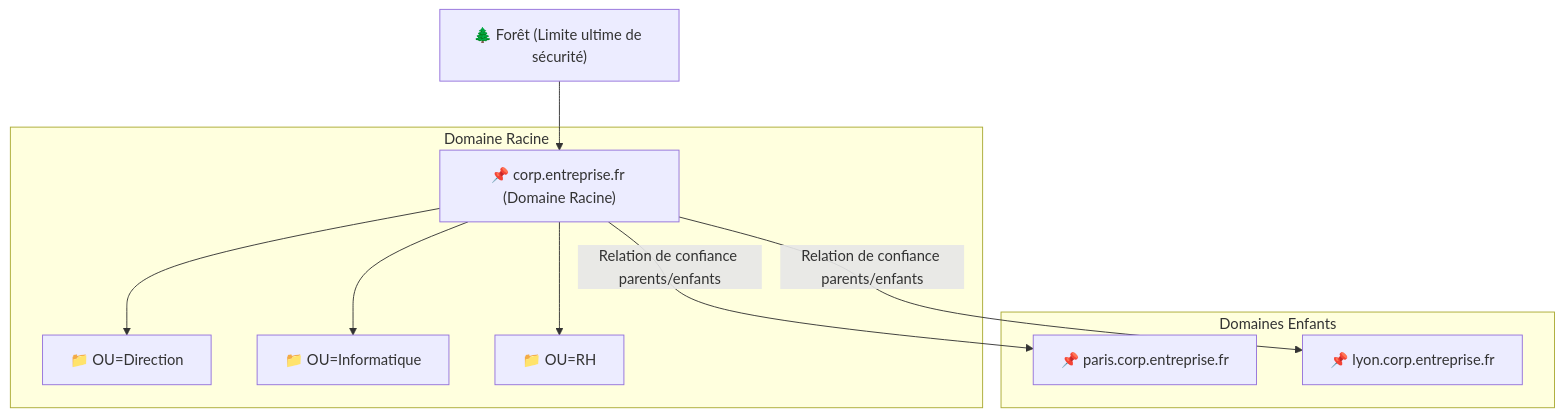
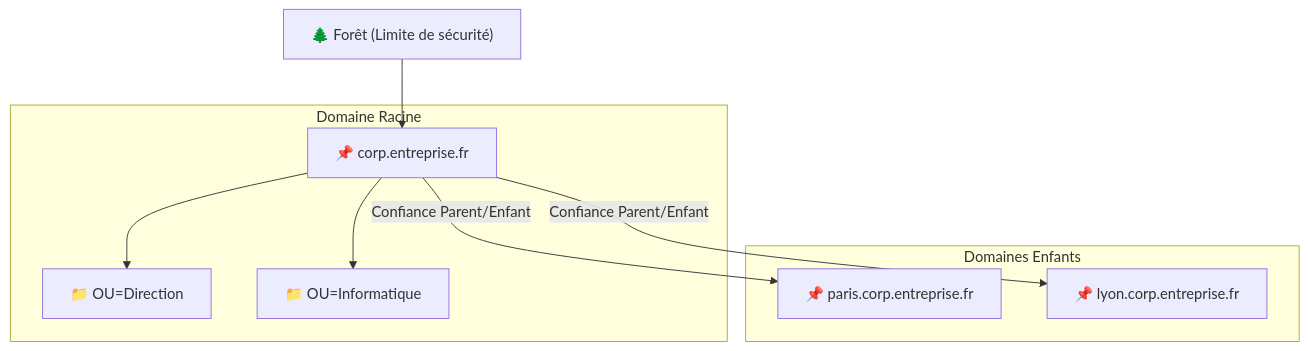
The diagram in docs/Systeme/OS/ad_forets_domaines.md (MontSekai/Documentations), drawn with Mermaid before and after one commit. The commit also changed other lines of this file and 50 other files, not shown here.

````diff
--- a/docs/Systeme/OS/ad_forets_domaines.md
+++ b/docs/Systeme/OS/ad_forets_domaines.md
@@ -14,23 +32,21 @@
 ```mermaid
 graph TD
-    F["🌲 Forêt (Limite ultime de sécurité)"]
+    F["🌲 Forêt (Limite de sécurité)"]
 
     subgraph "Domaine Racine"
-        D1["📌 corp.entreprise.fr (Domaine Racine)"]
+        D1["📌 corp.entreprise.fr"]
         OU1["📁 OU=Direction"]
         OU2["📁 OU=Informatique"]
-        OU3["📁 OU=RH"]
         D1 --> OU1
         D1 --> OU2
-        D1 --> OU3
     end
 
     subgraph "Domaines Enfants"
         D2["📌 paris.corp.entreprise.fr"]
         D3["📌 lyon.corp.entreprise.fr"]
     end
 
     F --> D1
-    D1 -->|"Relation de confiance parents/enfants"| D2
-    D1 -->|"Relation de confiance parents/enfants"| D3
+    D1 -->|"Confiance Parent/Enfant"| D2
+    D1 -->|"Confiance Parent/Enfant"| D3
 ```
````
